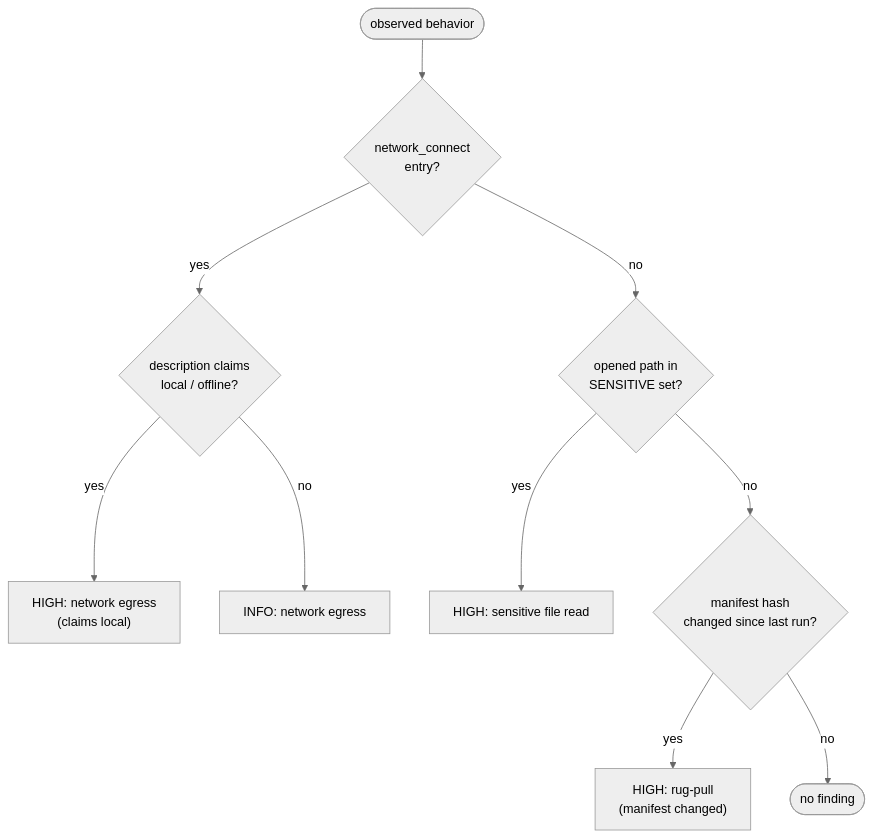
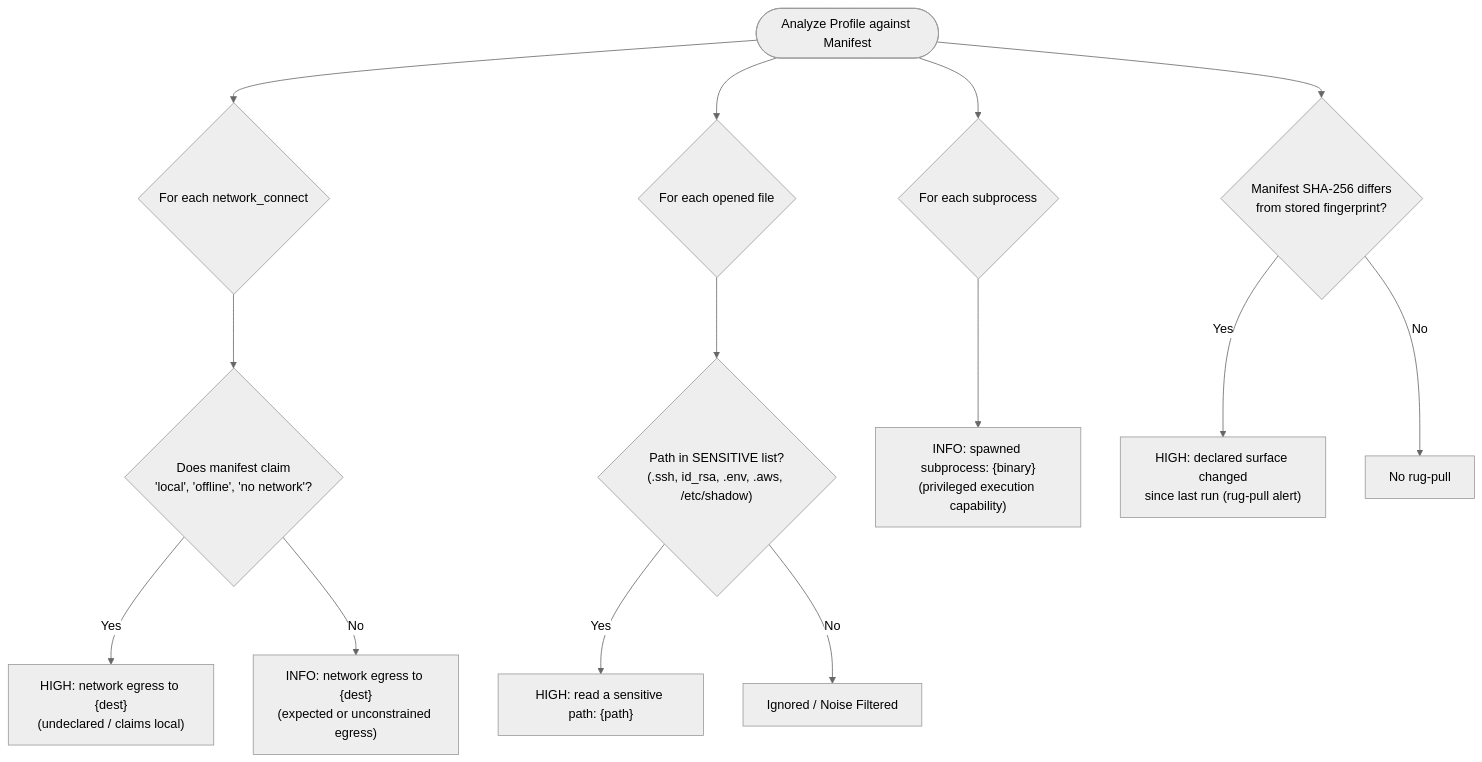
The sixth of 7 diagrams in ARCHITECTURE.md (actions-marketplace-validations/navid72m_mcp-behave), drawn with Mermaid (neutral theme) before and after one commit. The commit also changed other lines of this file, not shown here.

Commit message:
docs(architecture): update comprehensive architecture and systems mechanics

````diff
--- a/ARCHITECTURE.md
+++ b/ARCHITECTURE.md
@@ -144,19 +301,25 @@
 ```mermaid
 flowchart TD
-    START(["observed behavior"])
-    NET{"network_connect<br/>entry?"}
-    LOCAL{"description claims<br/>local / offline?"}
-    FILE{"opened path in<br/>SENSITIVE set?"}
-    RUG{"manifest hash<br/>changed since last run?"}
-    END_NONE(["no finding"])
+    START(["Analyze Profile against Manifest"])
 
-    START --> NET
-    NET -- yes --> LOCAL
-    LOCAL -- yes --> F_HI_NET["HIGH: network egress<br/>(claims local)"]
-    LOCAL -- no --> F_INFO["INFO: network egress"]
-    NET -- no --> FILE
-    FILE -- yes --> F_HI_FILE["HIGH: sensitive file read"]
-    FILE -- no --> RUG
-    RUG -- yes --> F_HI_RUG["HIGH: rug-pull<br/>(manifest changed)"]
-    RUG -- no --> END_NONE
+    %% Network Check
+    START --> NET_LOOP{"For each network_connect"}
+    NET_LOOP --> LOCAL{"Does manifest claim<br/>'local', 'offline', 'no network'?"}
+    LOCAL -- "Yes" --> F_HI_NET["HIGH: network egress to {dest}<br/>(undeclared / claims local)"]
+    LOCAL -- "No" --> F_INFO_NET["INFO: network egress to {dest}<br/>(expected or unconstrained egress)"]
+
+    %% Sensitive Files
+    START --> FILE_LOOP{"For each opened file"}
+    FILE_LOOP --> SENSITIVE{"Path in SENSITIVE list?<br/>(.ssh, id_rsa, .env, .aws, /etc/shadow)"}
+    SENSITIVE -- "Yes" --> F_HI_FILE["HIGH: read a sensitive path: {path}"]
+    SENSITIVE -- "No" --> IGNORE_FILE["Ignored / Noise Filtered"]
+
+    %% Subprocesses
+    START --> PROC_LOOP{"For each subprocess"}
+    PROC_LOOP --> F_INFO_PROC["INFO: spawned subprocess: {binary}<br/>(privileged execution capability)"]
+
+    %% Rug-Pull Check
+    START --> RUG{"Manifest SHA-256 differs<br/>from stored fingerprint?"}
+    RUG -- "Yes" --> F_HI_RUG["HIGH: declared surface changed<br/>since last run (rug-pull alert)"]
+    RUG -- "No" --> CLEAN["No rug-pull"]
 ```
````
